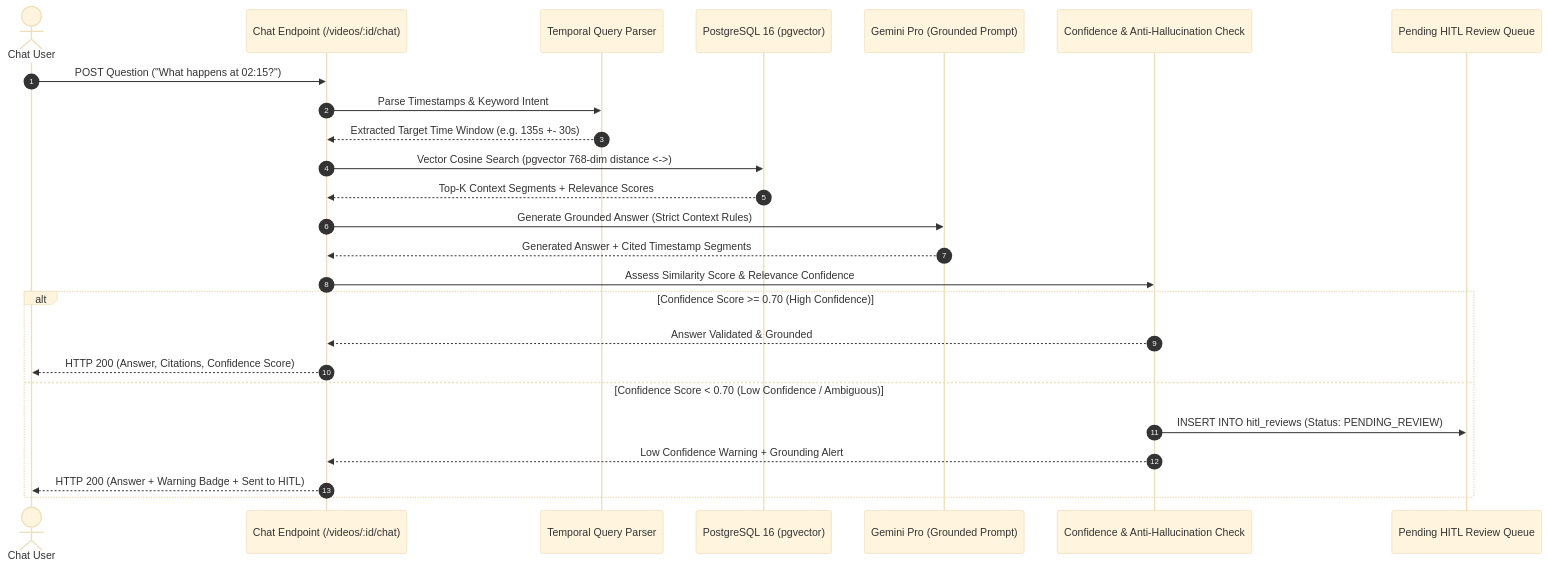
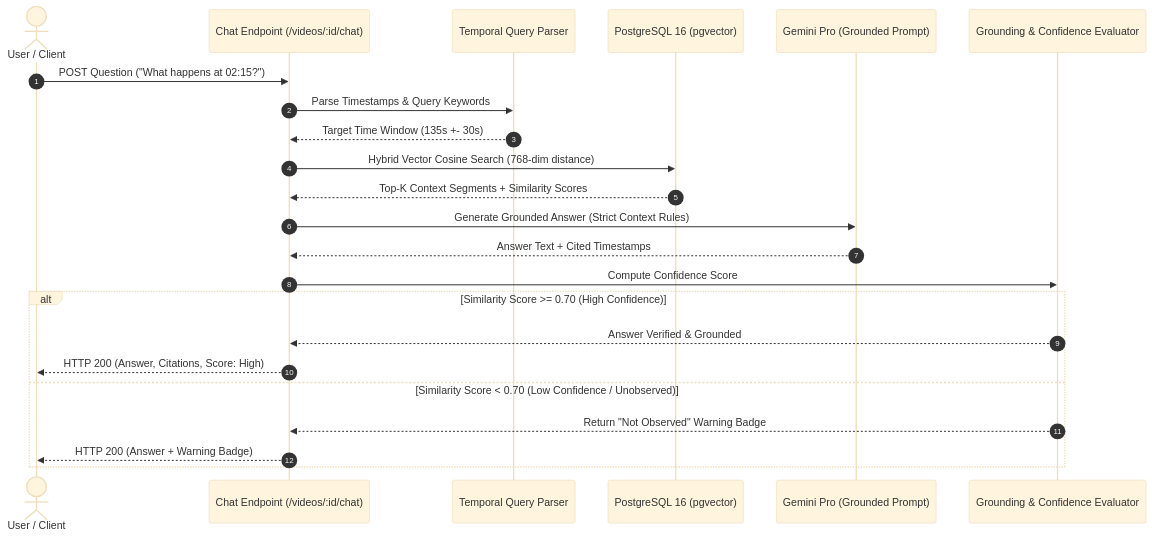
Before and after one commit to Priy0704/AI_VIDEO_ANALYSER: the third of 4 diagrams in ARCHITECTURE.md, drawn with Mermaid (base theme). The commit also changed other lines of this file, not shown here.

Commit message:
fix: refine architecture Mermaid diagrams to match exact codebase (Vanilla JS SPA, FastAPI, PostgreSQL, no HITL dashboard)

````diff
--- a/ARCHITECTURE.md
+++ b/ARCHITECTURE.md
@@ -147,32 +145,30 @@
 ```mermaid
 sequenceDiagram
     autonumber
-    actor User as Chat User
+    actor User as User / Client
     participant API as Chat Endpoint (/videos/:id/chat)
     participant Parser as Temporal Query Parser
     participant DB as PostgreSQL 16 (pgvector)
     participant LLM as Gemini Pro (Grounded Prompt)
-    participant Evaluator as Confidence & Anti-Hallucination Check
-    participant HITL as Pending HITL Review Queue
+    participant Evaluator as Grounding & Confidence Evaluator
 
     User->>API: POST Question ("What happens at 02:15?")
-    API->>Parser: Parse Timestamps & Keyword Intent
-    Parser-->>API: Extracted Target Time Window (e.g. 135s +- 30s)
+    API->>Parser: Parse Timestamps & Query Keywords
+    Parser-->>API: Target Time Window (135s +- 30s)
     
-    API->>DB: Vector Cosine Search (pgvector 768-dim distance <->)
-    DB-->>API: Top-K Context Segments + Relevance Scores
+    API->>DB: Hybrid Vector Cosine Search (768-dim distance)
+    DB-->>API: Top-K Context Segments + Similarity Scores
 
     API->>LLM: Generate Grounded Answer (Strict Context Rules)
-    LLM-->>API: Generated Answer + Cited Timestamp Segments
+    LLM-->>API: Answer Text + Cited Timestamps
     
-    API->>Evaluator: Assess Similarity Score & Relevance Confidence
+    API->>Evaluator: Compute Confidence Score
 
-    alt Confidence Score >= 0.70 (High Confidence)
-        Evaluator-->>API: Answer Validated & Grounded
-        API-->>User: HTTP 200 (Answer, Citations, Confidence Score)
-    else Confidence Score < 0.70 (Low Confidence / Ambiguous)
-        Evaluator->>HITL: INSERT INTO hitl_reviews (Status: PENDING_REVIEW)
-        Evaluator-->>API: Low Confidence Warning + Grounding Alert
-        API-->>User: HTTP 200 (Answer + Warning Badge + Sent to HITL)
+    alt Similarity Score >= 0.70 (High Confidence)
+        Evaluator-->>API: Answer Verified & Grounded
+        API-->>User: HTTP 200 (Answer, Citations, Score: High)
+    else Similarity Score < 0.70 (Low Confidence / Unobserved)
+        Evaluator-->>API: Return "Not Observed" Warning Badge
+        API-->>User: HTTP 200 (Answer + Warning Badge)
     end
 ```
````
